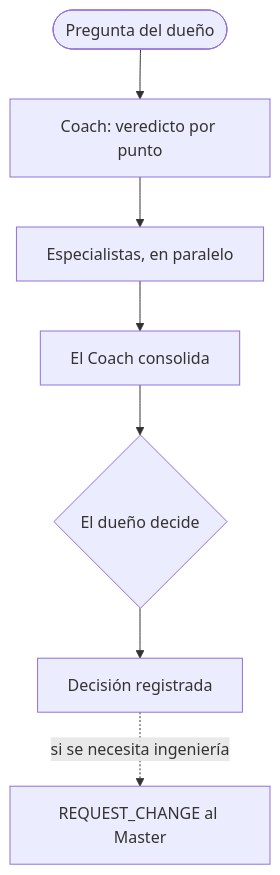
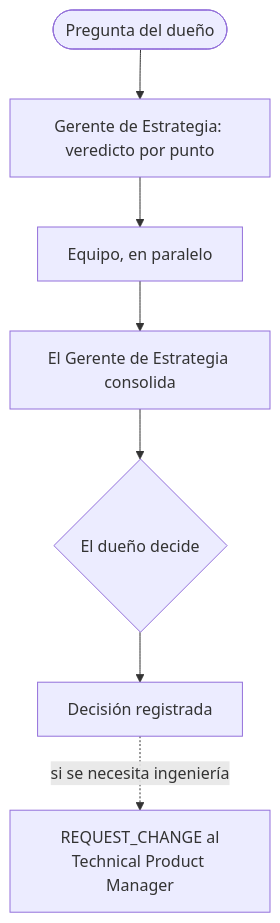
The diagram in i18n/es/docusaurus-plugin-content-docs/current/framework/business-coach.md (Gelpy/gelpy), drawn with Mermaid before and after one commit. The commit also changed other lines of this file and 14 other files, not shown here.

````diff
--- a/i18n/es/docusaurus-plugin-content-docs/current/framework/business-coach.md
+++ b/i18n/es/docusaurus-plugin-content-docs/current/framework/business-coach.md
@@ -47,9 +53,9 @@
 ```mermaid
 flowchart TB
-  question([Pregunta del dueño]) --> verdict[Coach: veredicto por punto]
-  verdict --> specialists[Especialistas, en paralelo]
-  specialists --> consolidate[El Coach consolida]
+  question([Pregunta del dueño]) --> verdict[Gerente de Estrategia: veredicto por punto]
+  verdict --> specialists[Equipo, en paralelo]
+  specialists --> consolidate[El Gerente de Estrategia consolida]
   consolidate --> decide{El dueño decide}
   decide --> record[Decisión registrada]
-  record -.->|si se necesita ingeniería| change[REQUEST_CHANGE al Master]
+  record -.->|si se necesita ingeniería| change[REQUEST_CHANGE al<br/>Technical Product Manager]
 ```
````
